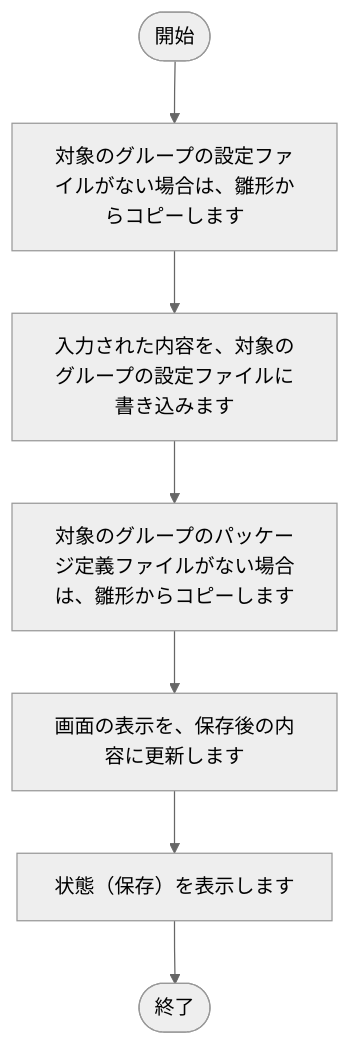
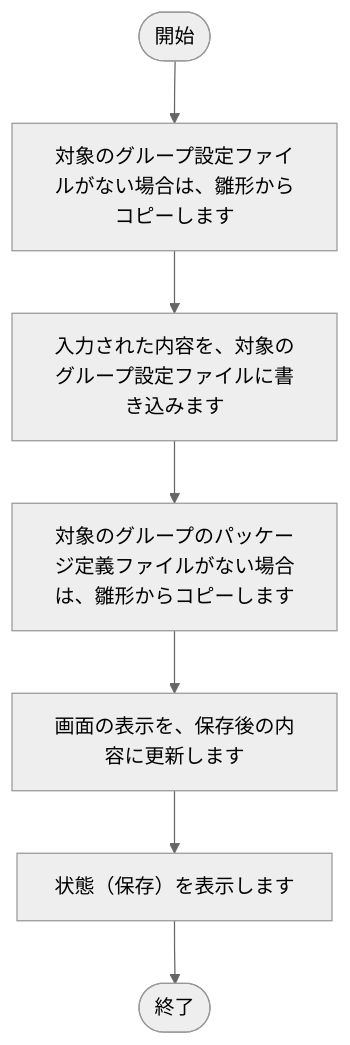
The ninth of 13 diagrams in tool/package-generator/doc/02_設計/処理フロー.md (nishida2073/project_management), drawn with Mermaid (neutral theme) before and after one commit. The commit also changed other lines of this file and 22 other files, not shown here.

````diff
--- a/tool/package-generator/doc/02_設計/処理フロー.md
+++ b/tool/package-generator/doc/02_設計/処理フロー.md
@@ -271,16 +271,16 @@
 ```mermaid
 flowchart TD
     S(["開始"])
     E(["終了"])
-    N1["対象のグループの設定ファイルがない場合は、雛形からコピーします"]
+    N1["対象のグループ設定ファイルがない場合は、雛形からコピーします"]
     S --> N1
-    N2["入力された内容を、対象のグループの設定ファイルに書き込みます"]
+    N2["入力された内容を、対象のグループ設定ファイルに書き込みます"]
     N1 --> N2
     N3["対象のグループのパッケージ定義ファイルがない場合は、雛形からコピーします"]
     N2 --> N3
     N4["画面の表示を、保存後の内容に更新します"]
     N3 --> N4
     N5["状態（保存）を表示します"]
     N4 --> N5
     N5 --> E
 ```
````
